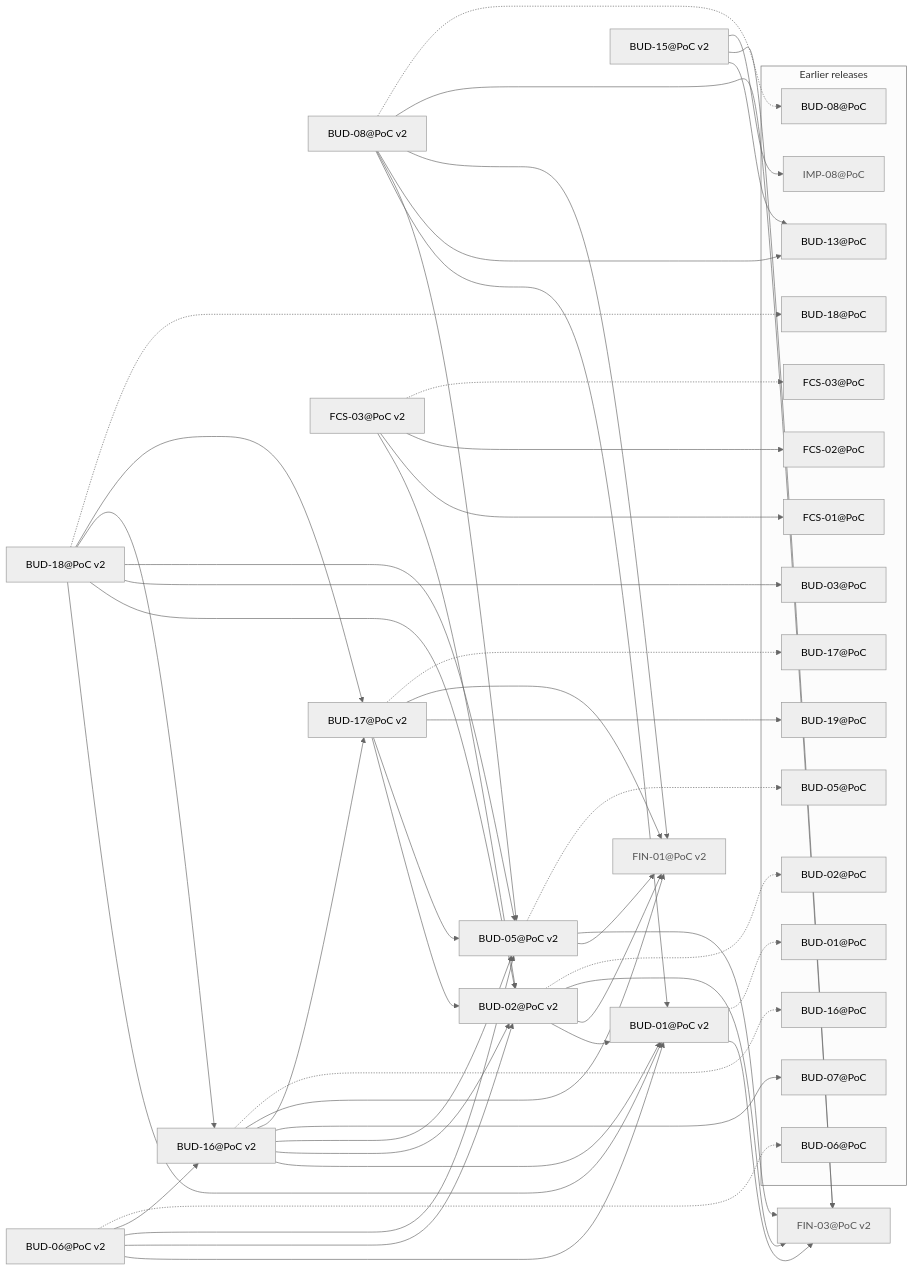
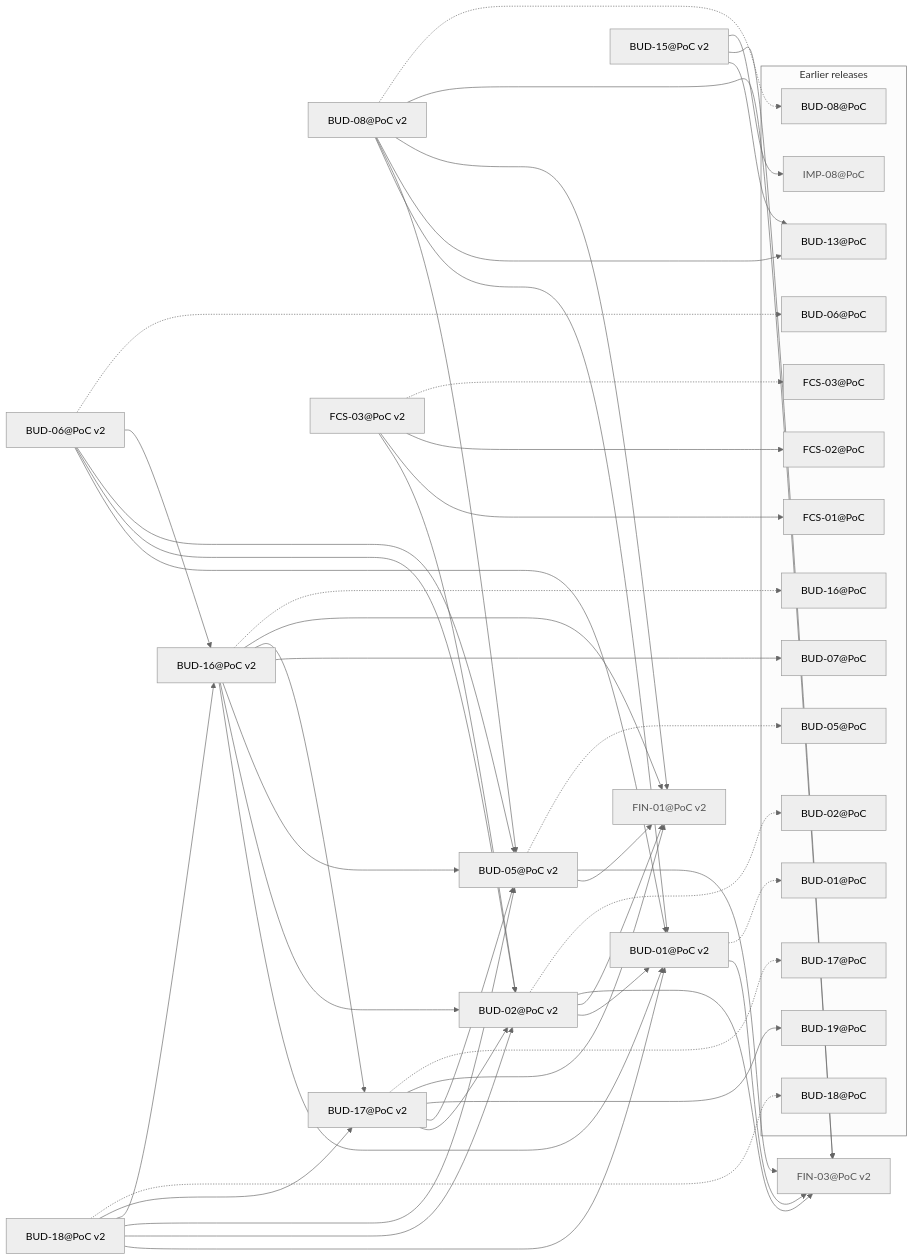
One commit to minakovval/Willowsum changed the diagram in docs/traceability/release-poc-v2.md. Above: the diagram before and after it, drawn with Mermaid (neutral theme). The commit also changed other lines of this file and 23 other files, not shown here.

````diff
--- a/docs/traceability/release-poc-v2.md
+++ b/docs/traceability/release-poc-v2.md
@@ -26,81 +26,79 @@
 ```mermaid
 flowchart LR
   BUD_01_PoC_v2["BUD-01@PoC v2"]
   BUD_02_PoC_v2["BUD-02@PoC v2"]
   BUD_05_PoC_v2["BUD-05@PoC v2"]
   BUD_06_PoC_v2["BUD-06@PoC v2"]
   BUD_08_PoC_v2["BUD-08@PoC v2"]
   BUD_15_PoC_v2["BUD-15@PoC v2"]
   BUD_16_PoC_v2["BUD-16@PoC v2"]
   BUD_17_PoC_v2["BUD-17@PoC v2"]
   BUD_18_PoC_v2["BUD-18@PoC v2"]
   FCS_03_PoC_v2["FCS-03@PoC v2"]
   FIN_01_PoC_v2["FIN-01@PoC v2"]
   FIN_03_PoC_v2["FIN-03@PoC v2"]
   subgraph earlier["Earlier releases"]
     BUD_01_PoC["BUD-01@PoC"]
     BUD_02_PoC["BUD-02@PoC"]
-    BUD_03_PoC["BUD-03@PoC"]
     BUD_05_PoC["BUD-05@PoC"]
     BUD_06_PoC["BUD-06@PoC"]
     BUD_07_PoC["BUD-07@PoC"]
     BUD_08_PoC["BUD-08@PoC"]
     BUD_13_PoC["BUD-13@PoC"]
     BUD_16_PoC["BUD-16@PoC"]
     BUD_17_PoC["BUD-17@PoC"]
     BUD_18_PoC["BUD-18@PoC"]
     BUD_19_PoC["BUD-19@PoC"]
     FCS_01_PoC["FCS-01@PoC"]
     FCS_02_PoC["FCS-02@PoC"]
     FCS_03_PoC["FCS-03@PoC"]
     IMP_08_PoC["IMP-08@PoC"]
   end
   BUD_01_PoC_v2 --> FIN_03_PoC_v2
   BUD_01_PoC_v2 -.-> BUD_01_PoC
   BUD_02_PoC_v2 --> BUD_01_PoC_v2
   BUD_02_PoC_v2 --> FIN_01_PoC_v2
   BUD_02_PoC_v2 --> FIN_03_PoC_v2
   BUD_02_PoC_v2 -.-> BUD_02_PoC
   BUD_05_PoC_v2 --> FIN_01_PoC_v2
   BUD_05_PoC_v2 --> FIN_03_PoC_v2
   BUD_05_PoC_v2 -.-> BUD_05_PoC
   BUD_06_PoC_v2 --> BUD_01_PoC_v2
   BUD_06_PoC_v2 --> BUD_02_PoC_v2
   BUD_06_PoC_v2 --> BUD_05_PoC_v2
   BUD_06_PoC_v2 --> BUD_16_PoC_v2
   BUD_06_PoC_v2 -.-> BUD_06_PoC
   BUD_08_PoC_v2 --> BUD_01_PoC_v2
   BUD_08_PoC_v2 --> BUD_05_PoC_v2
   BUD_08_PoC_v2 --> BUD_13_PoC
   BUD_08_PoC_v2 --> FIN_01_PoC_v2
   BUD_08_PoC_v2 --> FIN_03_PoC_v2
   BUD_08_PoC_v2 -.-> BUD_08_PoC
   BUD_15_PoC_v2 --> BUD_13_PoC
   BUD_15_PoC_v2 --> FIN_03_PoC_v2
   BUD_15_PoC_v2 --> IMP_08_PoC
   BUD_16_PoC_v2 --> BUD_01_PoC_v2
   BUD_16_PoC_v2 --> BUD_02_PoC_v2
   BUD_16_PoC_v2 --> BUD_05_PoC_v2
   BUD_16_PoC_v2 --> BUD_07_PoC
   BUD_16_PoC_v2 --> BUD_17_PoC_v2
   BUD_16_PoC_v2 --> FIN_01_PoC_v2
   BUD_16_PoC_v2 -.-> BUD_16_PoC
   BUD_17_PoC_v2 --> BUD_02_PoC_v2
   BUD_17_PoC_v2 --> BUD_05_PoC_v2
   BUD_17_PoC_v2 --> BUD_19_PoC
   BUD_17_PoC_v2 --> FIN_01_PoC_v2
   BUD_17_PoC_v2 -.-> BUD_17_PoC
   BUD_18_PoC_v2 --> BUD_01_PoC_v2
   BUD_18_PoC_v2 --> BUD_02_PoC_v2
-  BUD_18_PoC_v2 --> BUD_03_PoC
   BUD_18_PoC_v2 --> BUD_05_PoC_v2
   BUD_18_PoC_v2 --> BUD_16_PoC_v2
   BUD_18_PoC_v2 --> BUD_17_PoC_v2
   BUD_18_PoC_v2 -.-> BUD_18_PoC
   FCS_03_PoC_v2 --> BUD_02_PoC_v2
   FCS_03_PoC_v2 --> FCS_01_PoC
   FCS_03_PoC_v2 --> FCS_02_PoC
   FCS_03_PoC_v2 -.-> FCS_03_PoC
   classDef notMigrated fill:#eee,stroke:#999,color:#555
   class FIN_01_PoC_v2,FIN_03_PoC_v2,IMP_08_PoC notMigrated
 ```
````
